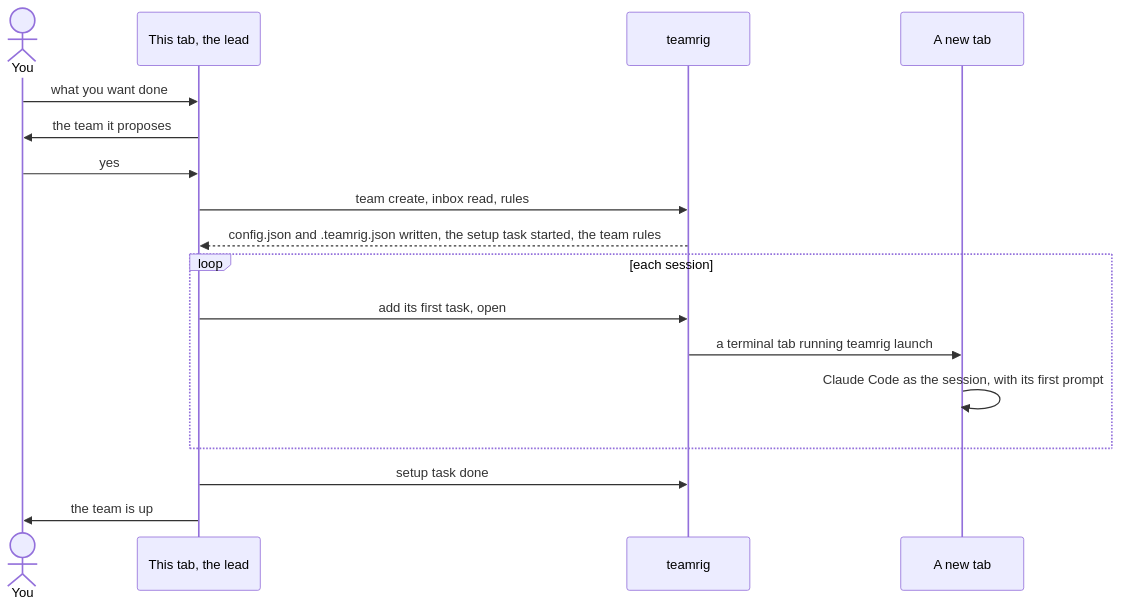
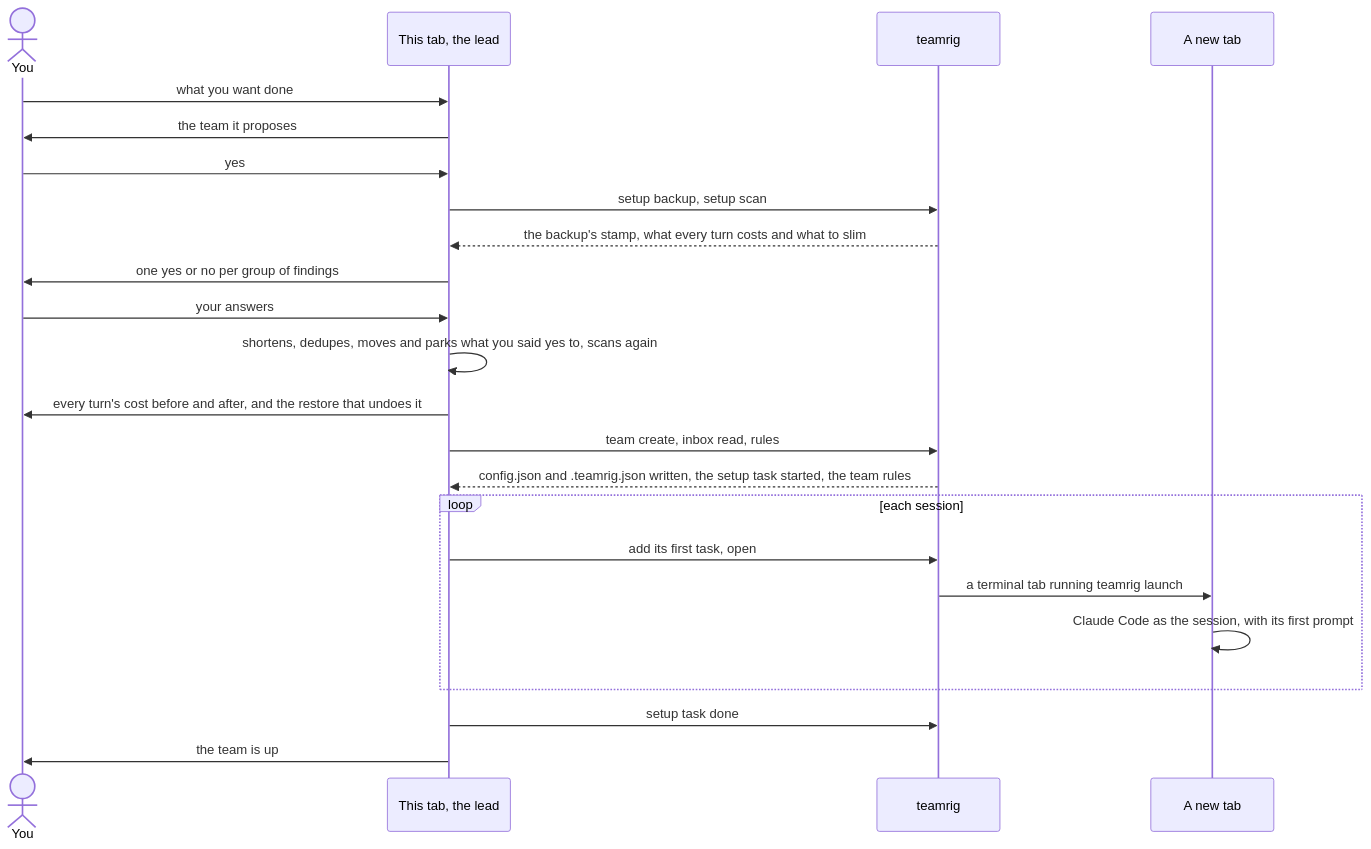
Before and after one commit to GeneralA6/teamrig: the third of 10 diagrams in docs/how-it-works.md, drawn with Mermaid. The commit also changed other lines of this file and 2 other files, not shown here.

Commit message:
docs: team setup backs the Claude setup up and slims it first (T1170)

````diff
--- a/docs/how-it-works.md
+++ b/docs/how-it-works.md
@@ -147,19 +147,25 @@
 ```mermaid
 sequenceDiagram
   actor you as You
   participant lead as This tab, the lead
   participant cli as teamrig
   participant tab as A new tab
   you->>lead: what you want done
   lead->>you: the team it proposes
   you->>lead: yes
+  lead->>cli: setup backup, setup scan
+  cli-->>lead: the backup's stamp, what every turn costs and what to slim
+  lead->>you: one yes or no per group of findings
+  you->>lead: your answers
+  lead->>lead: shortens, dedupes, moves and parks what you said yes to, scans again
+  lead->>you: every turn's cost before and after, and the restore that undoes it
   lead->>cli: team create, inbox read, rules
   cli-->>lead: config.json and .teamrig.json written, the setup task started, the team rules
   loop each session
     lead->>cli: add its first task, open
     cli->>tab: a terminal tab running teamrig launch
     tab->>tab: Claude Code as the session, with its first prompt
   end
   lead->>cli: setup task done
   lead->>you: the team is up
 ```
````
